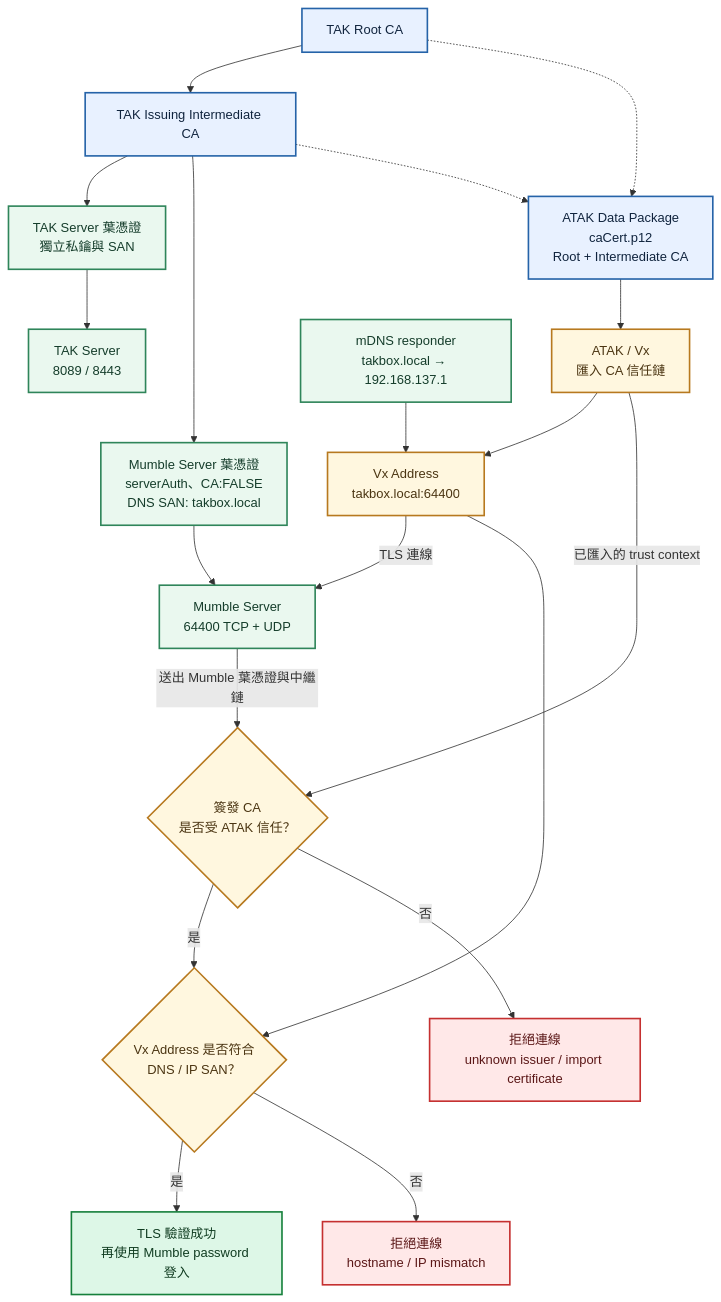
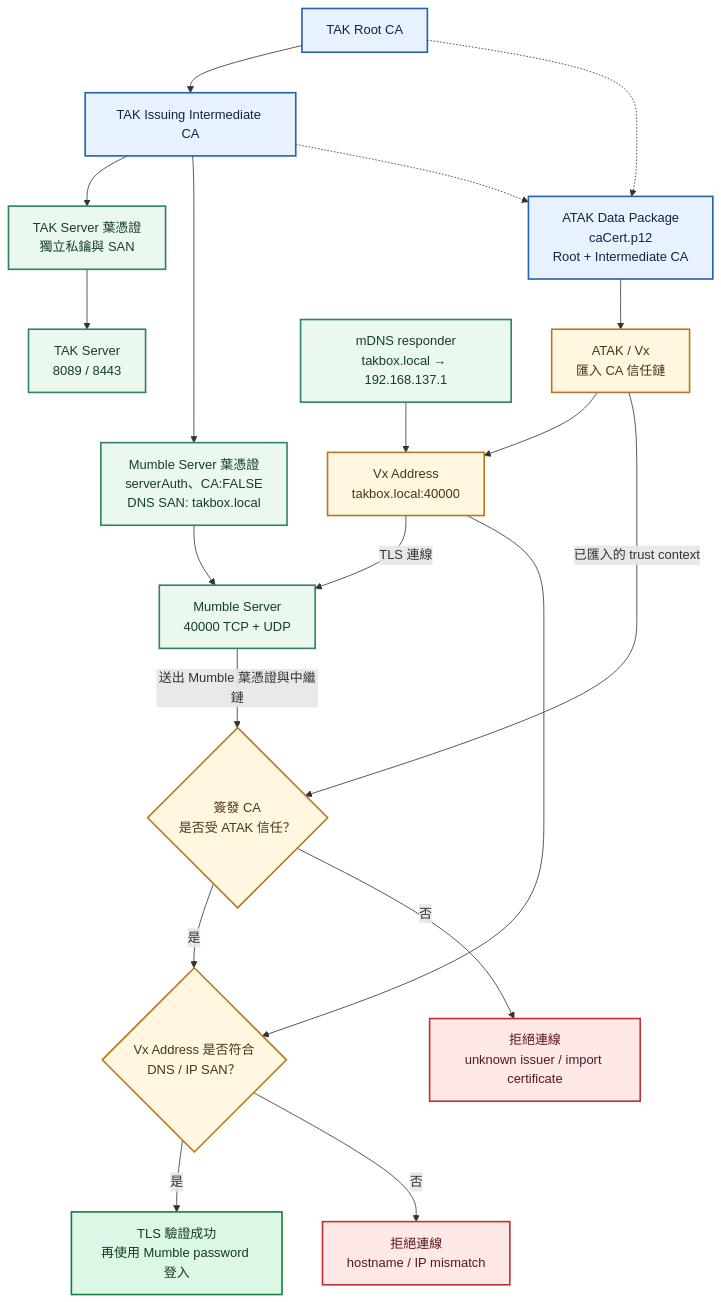
The diagram in MDNS.md (swim-fish/tak-server-docker), drawn with Mermaid before and after one commit. The commit also changed other lines of this file and 14 other files, not shown here.

First line of the commit message:
Stabilize Windows Mumble and mDNS setup

````diff
--- a/MDNS.md
+++ b/MDNS.md
@@ -42,39 +42,39 @@
 ```mermaid
 flowchart TB
     ROOT["TAK Root CA"] --> ICA["TAK Issuing Intermediate CA"]
 
     ICA --> TAKCERT["TAK Server 葉憑證<br/>獨立私鑰與 SAN"]
     ICA --> MUMCERT["Mumble Server 葉憑證<br/>serverAuth、CA:FALSE<br/>DNS SAN: takbox.local"]
 
     TAKCERT --> TAKSERVER["TAK Server<br/>8089 / 8443"]
-    MUMCERT --> MUMBLE["Mumble Server<br/>64400 TCP + UDP"]
+    MUMCERT --> MUMBLE["Mumble Server<br/>40000 TCP + UDP"]
 
     ROOT -.-> CAP12["ATAK Data Package<br/>caCert.p12<br/>Root + Intermediate CA"]
     ICA -.-> CAP12
     CAP12 --> ATAK["ATAK / Vx<br/>匯入 CA 信任鏈"]
 
-    MDNS["mDNS responder<br/>takbox.local → 192.168.137.1"] --> ADDRESS["Vx Address<br/>takbox.local:64400"]
+    MDNS["mDNS responder<br/>takbox.local → 192.168.137.1"] --> ADDRESS["Vx Address<br/>takbox.local:40000"]
     ATAK --> ADDRESS
     ADDRESS -->|"TLS 連線"| MUMBLE
 
     MUMBLE -->|"送出 Mumble 葉憑證與中繼鏈"| CHAIN{"簽發 CA<br/>是否受 ATAK 信任？"}
     ATAK -->|"已匯入的 trust context"| CHAIN
     CHAIN -->|"是"| SAN{"Vx Address 是否符合<br/>DNS / IP SAN？"}
     ADDRESS --> SAN
     SAN -->|"是"| PASS["TLS 驗證成功<br/>再使用 Mumble password 登入"]
 
     CHAIN -->|"否"| FAILCA["拒絕連線<br/>unknown issuer / import certificate"]
     SAN -->|"否"| FAILSAN["拒絕連線<br/>hostname / IP mismatch"]
 
     classDef ca fill:#e8f1ff,stroke:#2563a8,stroke-width:2px,color:#10243e;
     classDef server fill:#eaf8ef,stroke:#2f855a,stroke-width:2px,color:#153d2b;
     classDef client fill:#fff7df,stroke:#b7791f,stroke-width:2px,color:#4b3512;
     classDef success fill:#ddf7e7,stroke:#16803c,stroke-width:2px,color:#103c21;
     classDef failure fill:#ffe8e8,stroke:#c53030,stroke-width:2px,color:#5b1717;
 
     class ROOT,ICA,CAP12 ca;
     class TAKCERT,MUMCERT,TAKSERVER,MUMBLE,MDNS server;
     class ATAK,ADDRESS,CHAIN,SAN client;
     class PASS success;
     class FAILCA,FAILSAN failure;
 ```
````
